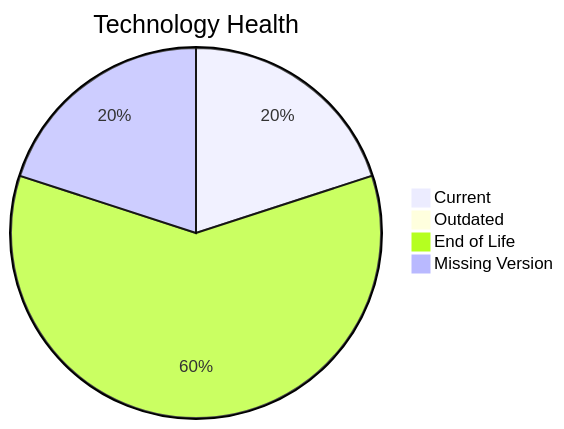
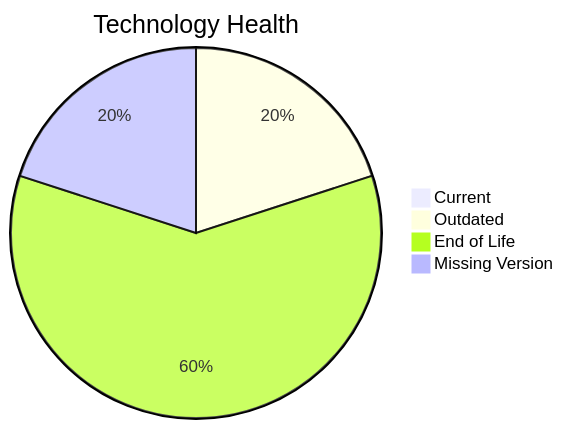
Before and after one commit to adjendrzcCG/puste: the diagram in output/reports/apps/app003.md, drawn with Mermaid. The commit also changed other lines of this file and 19 other files, not shown here.

````diff
--- a/output/reports/apps/app003.md
+++ b/output/reports/apps/app003.md
@@ -26,7 +26,7 @@
 ```mermaid
 pie title Technology Health
-    "Current" : 1
-    "Outdated" : 0
+    "Current" : 0
+    "Outdated" : 1
     "End of Life" : 3
     "Missing Version" : 1
 ```
````
